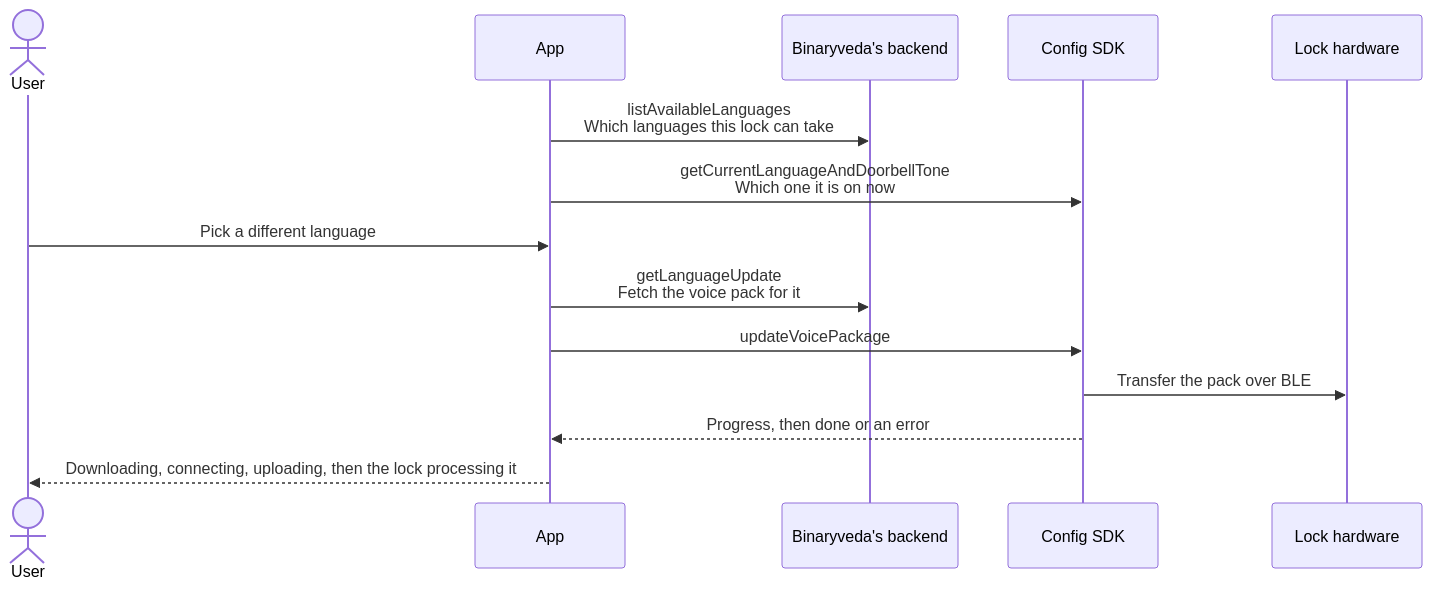
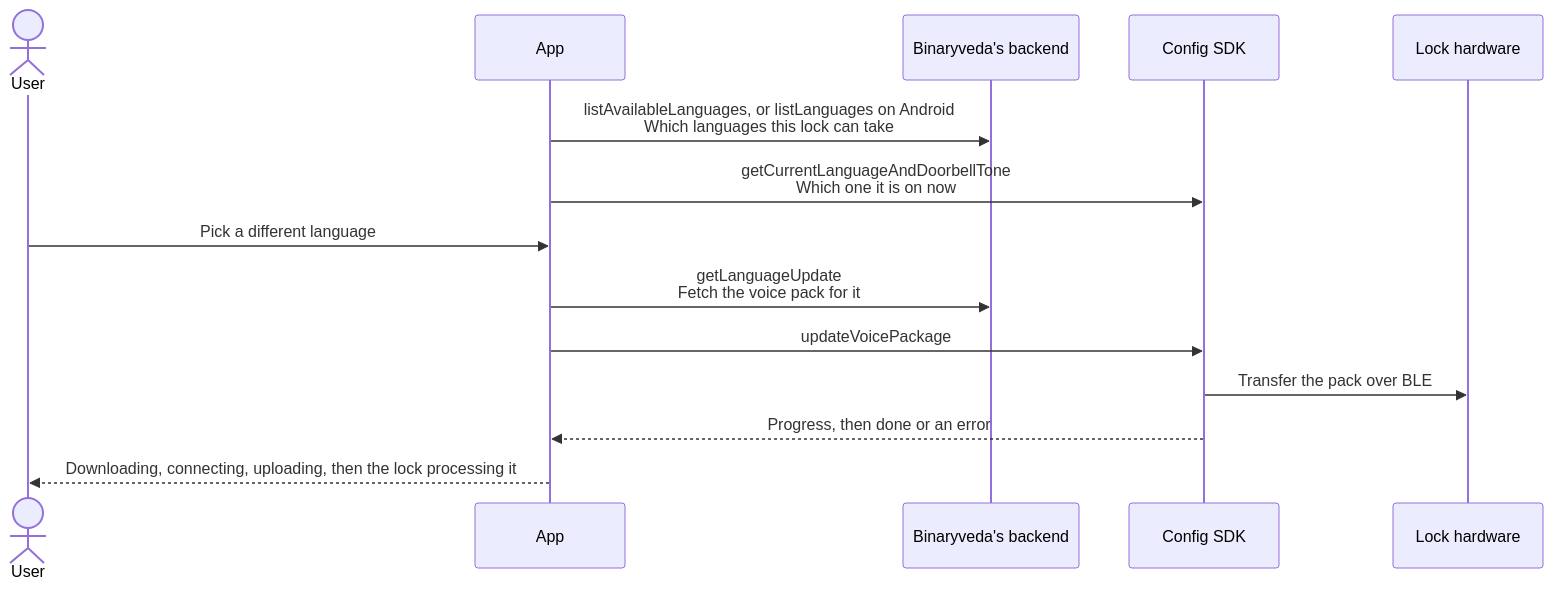
The fifth of 12 diagrams in docs/lock-settings.md (Yash-Wadatkar-Binaryveda/sdk-docs-site), drawn with Mermaid before and after one commit. The commit also changed other lines of this file and 14 other files, not shown here.

First line of the commit message:
Enhance documentation with new Profile and Account section and update diagram color handling

````diff
--- a/docs/lock-settings.md
+++ b/docs/lock-settings.md
@@ -238,17 +238,17 @@
 ```mermaid
 sequenceDiagram
     actor U as User
     participant A as App
     participant B as Binaryveda's backend
     participant C as Config SDK
     participant L as Lock hardware
 
-    A->>B: listAvailableLanguages<br/>Which languages this lock can take
+    A->>B: listAvailableLanguages, or listLanguages on Android<br/>Which languages this lock can take
     A->>C: getCurrentLanguageAndDoorbellTone<br/>Which one it is on now
     U->>A: Pick a different language
     A->>B: getLanguageUpdate<br/>Fetch the voice pack for it
     A->>C: updateVoicePackage
     C->>L: Transfer the pack over BLE
     C-->>A: Progress, then done or an error
     A-->>U: Downloading, connecting, uploading, then the lock processing it
 ```
````
